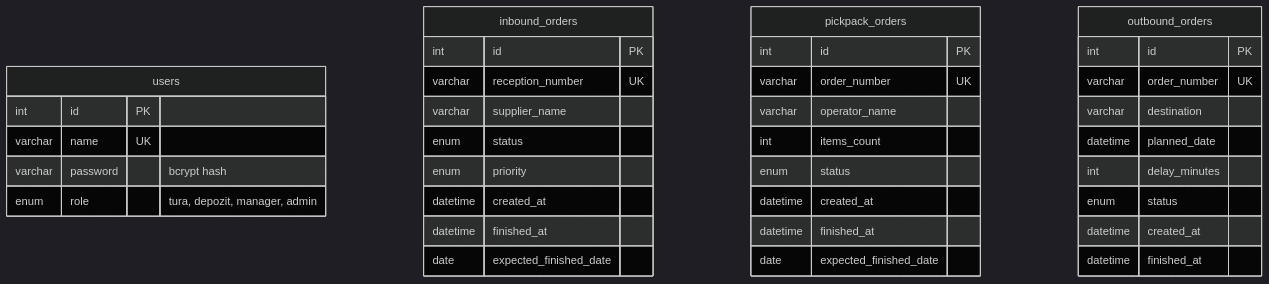
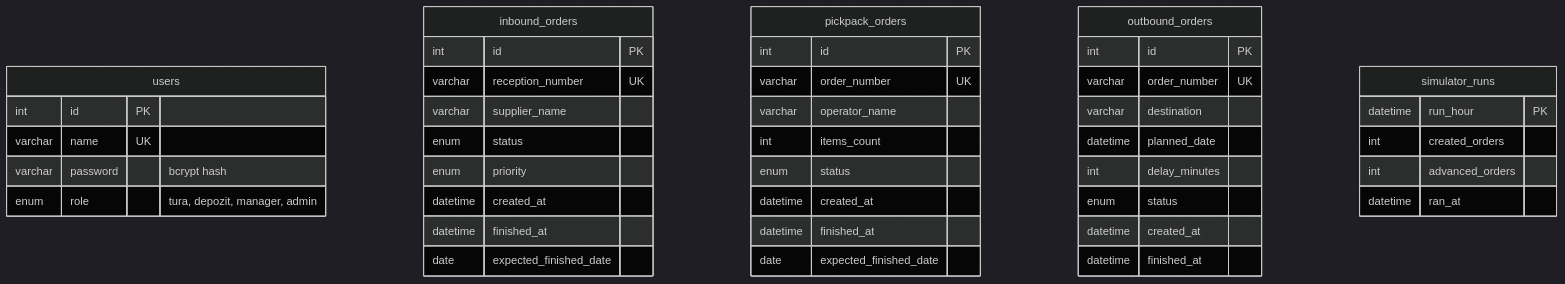
One commit to BogdanDumitrascu04/flowlogix changed the diagram in README.md. Above: the diagram before and after it, drawn with Mermaid (dark theme). The commit also changed other lines of this file and 2 other files, not shown here.

First line of the commit message:
Add an hourly order simulator

````diff
--- a/README.md
+++ b/README.md
@@ -47,39 +48,45 @@
 ```mermaid
 erDiagram
     users {
         int id PK
         varchar name UK
         varchar password "bcrypt hash"
         enum role "tura, depozit, manager, admin"
     }
     inbound_orders {
         int id PK
         varchar reception_number UK
         varchar supplier_name
         enum status
         enum priority
         datetime created_at
         datetime finished_at
         date expected_finished_date
     }
     pickpack_orders {
         int id PK
         varchar order_number UK
         varchar operator_name
         int items_count
         enum status
         datetime created_at
         datetime finished_at
         date expected_finished_date
     }
     outbound_orders {
         int id PK
         varchar order_number UK
         varchar destination
         datetime planned_date
         int delay_minutes
         enum status
         datetime created_at
         datetime finished_at
     }
+    simulator_runs {
+        datetime run_hour PK
+        int created_orders
+        int advanced_orders
+        datetime ran_at
+    }
 ```
````
